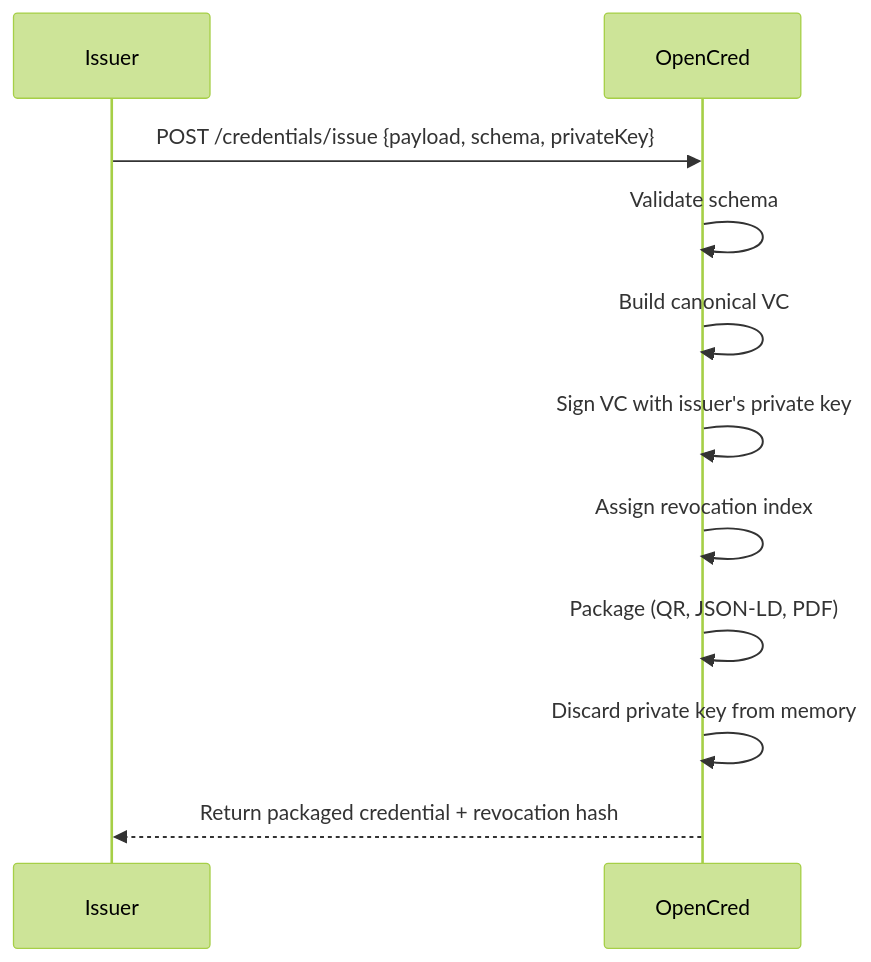
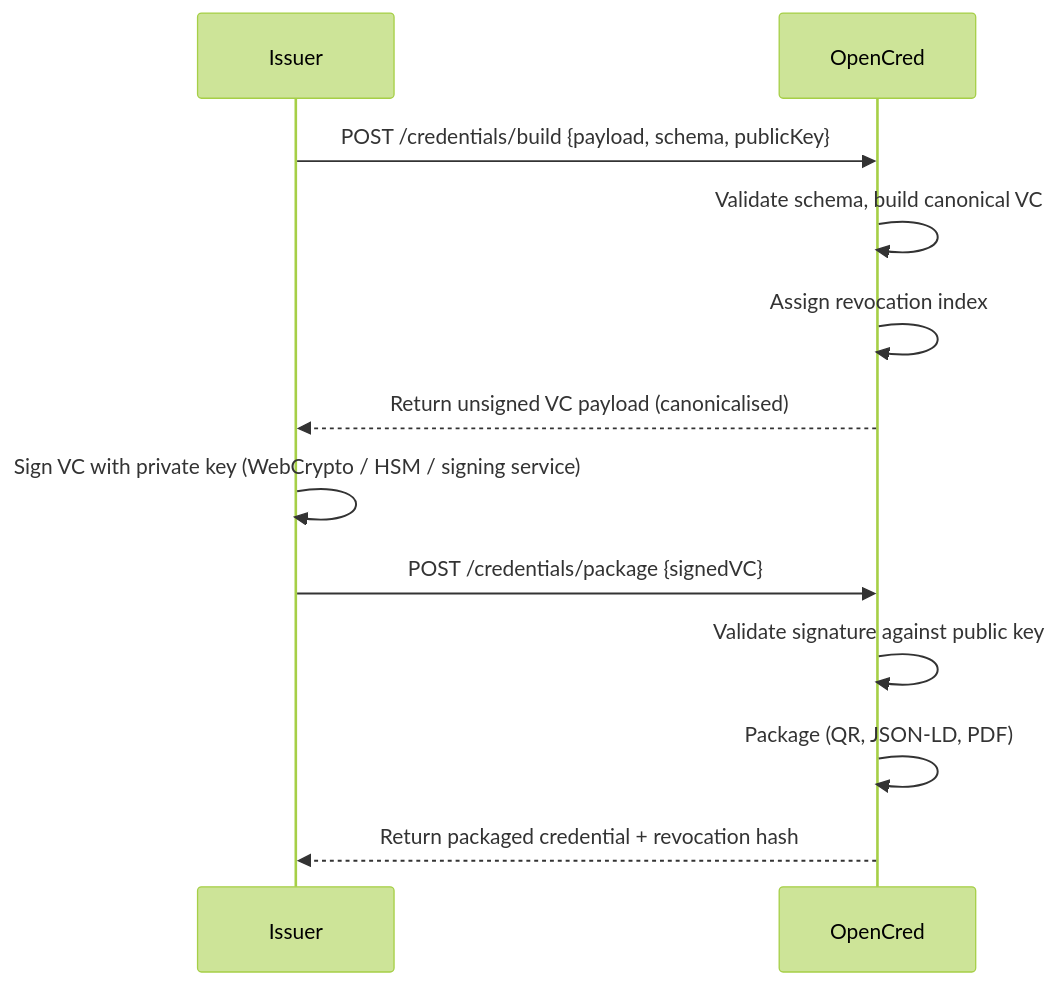
Before and after one commit to nfh-trust-labs/opencred: the second of 6 diagrams in OpenCred_PRD.md, drawn with Mermaid (forest theme). The commit also changed other lines of this file, not shown here.

First line of the commit message:
Critical fix: issuer's private key never leaves their control in any flow

````diff
--- a/OpenCred_PRD.md
+++ b/OpenCred_PRD.md
@@ -194,14 +196,15 @@
 ```mermaid
 sequenceDiagram
     participant Issuer
     participant OpenCred
 
-    Issuer->>OpenCred: POST /credentials/issue {payload, schema, privateKey}
-    OpenCred->>OpenCred: Validate schema
-    OpenCred->>OpenCred: Build canonical VC
-    OpenCred->>OpenCred: Sign VC with issuer's private key
+    Issuer->>OpenCred: POST /credentials/build {payload, schema, publicKey}
+    OpenCred->>OpenCred: Validate schema, build canonical VC
     OpenCred->>OpenCred: Assign revocation index
+    OpenCred-->>Issuer: Return unsigned VC payload (canonicalised)
+    Issuer->>Issuer: Sign VC with private key (WebCrypto / HSM / signing service)
+    Issuer->>OpenCred: POST /credentials/package {signedVC}
+    OpenCred->>OpenCred: Validate signature against public key
     OpenCred->>OpenCred: Package (QR, JSON-LD, PDF)
-    OpenCred->>OpenCred: Discard private key from memory
     OpenCred-->>Issuer: Return packaged credential + revocation hash
 ```
````
